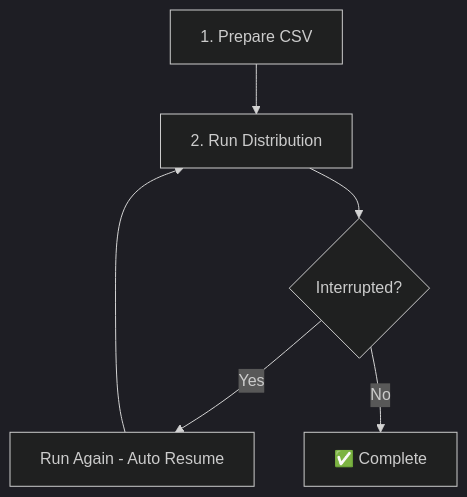
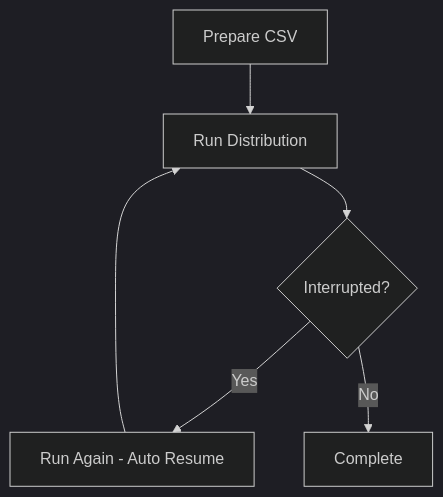
One commit to WalletConnect/spl-dropper changed the second of 2 diagrams in README.md. Above: the diagram before and after it, drawn with Mermaid (dark theme).

Commit message:
fix: remove special characters from mermaid diagram labels

````diff
--- a/README.md
+++ b/README.md
@@ -43,8 +43,8 @@
 ```mermaid
 graph TD
-    A[1. Prepare CSV] --> B[2. Run Distribution]
+    A[Prepare CSV] --> B[Run Distribution]
     B --> C{Interrupted?}
     C -->|Yes| D[Run Again - Auto Resume]
-    C -->|No| E[✅ Complete]
+    C -->|No| E[Complete]
     D --> B
 ```
````
